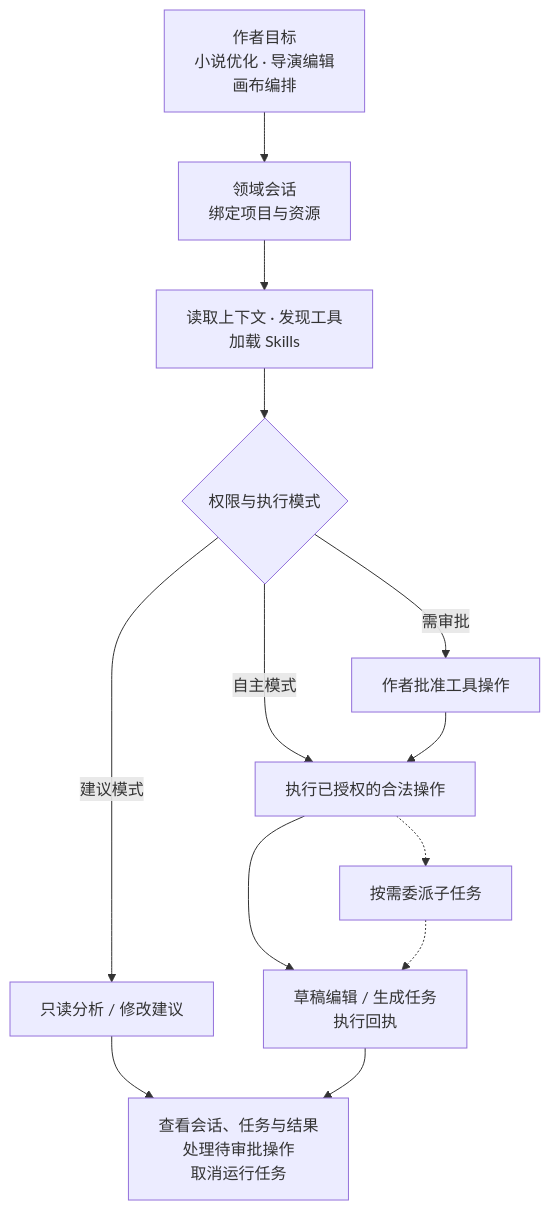
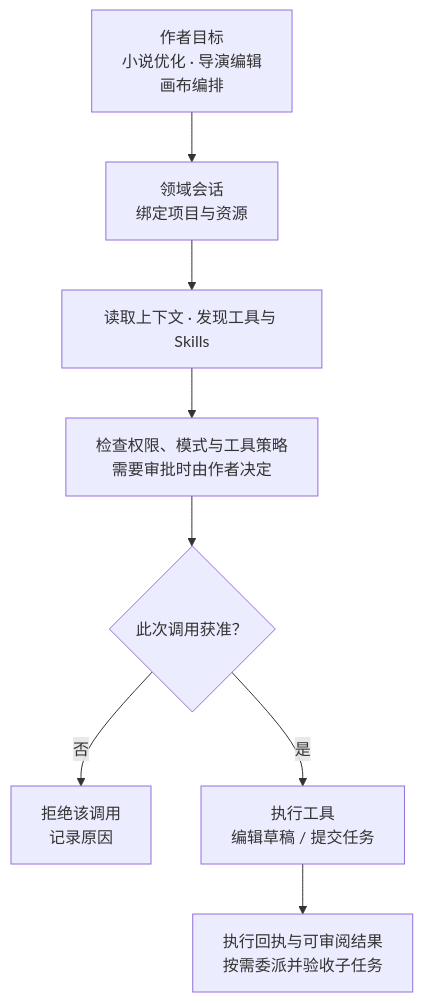
Before and after one commit to GTJasonMK/A4N: diagram 12 of 18 in README.md, drawn with Mermaid. The commit also changed other lines of this file and 2 other files, not shown here.

First line of the commit message:
docs: fix README diagram flows and mobile readability

````diff
--- a/README.md
+++ b/README.md
@@ -202,17 +216,12 @@
 ```mermaid
 flowchart TB
   accTitle: Agent 从创作目标到可审阅结果的执行流程
-  accDescr: 小说优化、导演和画布领域会话读取绑定上下文，发现工具和技能，按权限及模式执行；任务与审批可观察，正式正文补丁和导演确认仍由作者决定。
+  accDescr: 领域会话绑定项目与资源，读取上下文并发现工具与技能。每次调用按权限、执行模式和工具审批策略检查，拒绝或不允许时不会执行该调用，通过后编辑草稿、生成任务或按需委派并验收子任务。
   goal["作者目标<br/>小说优化 · 导演编辑<br/>画布编排"] --> session["领域会话<br/>绑定项目与资源"]
-  session --> tools["读取上下文 · 发现工具<br/>加载 Skills"]
-  tools --> mode{"权限与执行模式"}
-  mode -->|建议模式| proposal["只读分析 / 修改建议"]
-  mode -->|需审批| review["作者批准工具操作"]
-  mode -->|自主模式| execute["执行已授权的合法操作"]
-  review --> execute
-  execute --> result["草稿编辑 / 生成任务<br/>执行回执"]
-  execute -.-> delegation["按需委派子任务"]
-  delegation -.-> result
-  proposal --> monitor["查看会话、任务与结果<br/>处理待审批操作<br/>取消运行任务"]
-  result --> monitor
+  session --> tools["读取上下文 · 发现工具与 Skills"]
+  tools --> policy["检查权限、模式与工具策略<br/>需要审批时由作者决定"]
+  policy --> allowed{"此次调用获准？"}
+  allowed -->|否| blocked["拒绝该调用<br/>记录原因"]
+  allowed -->|是| execute["执行工具<br/>编辑草稿 / 提交任务"]
+  execute --> result["执行回执与可审阅结果<br/>按需委派并验收子任务"]
 ```
````
